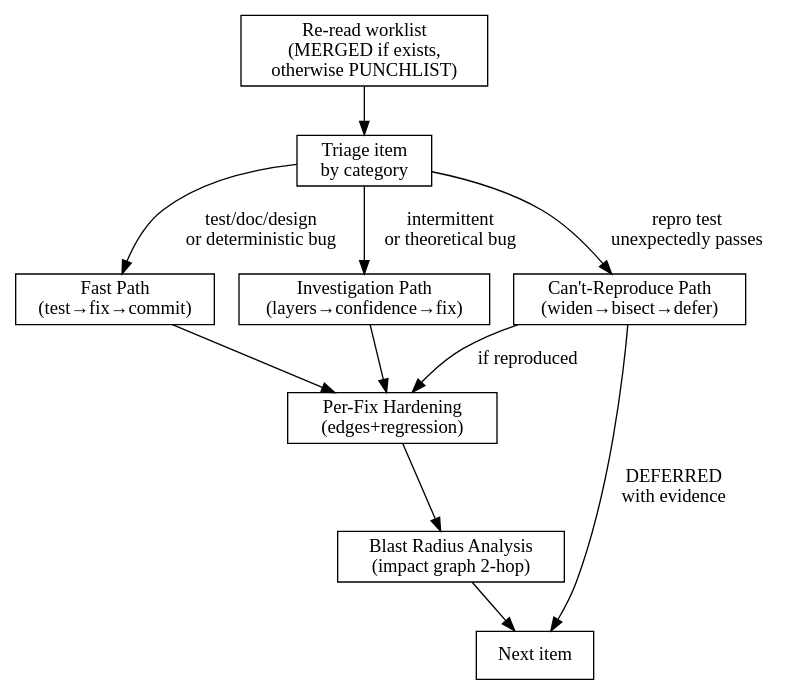
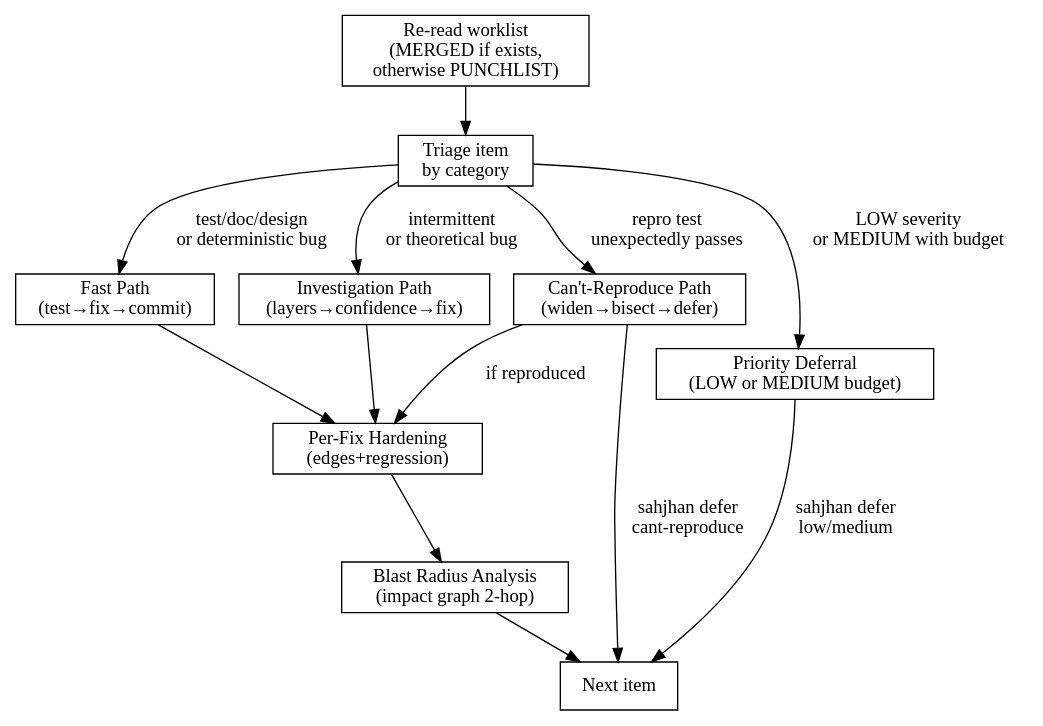
The diagram in skills/holtz/references/step-10-fix-loop.md (jbrjake/holtz), drawn with Graphviz before and after one commit. The commit also changed other lines of this file and 1 other file, not shown here.

First line of the commit message:
feat(holtz): add deferral procedures to step-10 fix loop

````diff
--- a/skills/holtz/references/step-10-fix-loop.md
+++ b/skills/holtz/references/step-10-fix-loop.md
@@ -7,25 +7,28 @@
 ```dot
 digraph {
   rankdir=TB
   node [shape=box]
   read [label="Re-read worklist\n(MERGED if exists,\notherwise PUNCHLIST)"]
   triage [label="Triage item\nby category"]
   fast [label="Fast Path\n(test→fix→commit)"]
   investigate [label="Investigation Path\n(layers→confidence→fix)"]
   cantrepro [label="Can't-Reproduce Path\n(widen→bisect→defer)"]
+  defer [label="Priority Deferral\n(LOW or MEDIUM budget)"]
   harden [label="Per-Fix Hardening\n(edges+regression)"]
   blast [label="Blast Radius Analysis\n(impact graph 2-hop)"]
   next [label="Next item"]
 
   read -> triage
   triage -> fast [label="test/doc/design\nor deterministic bug"]
   triage -> investigate [label="intermittent\nor theoretical bug"]
   triage -> cantrepro [label="repro test\nunexpectedly passes"]
+  triage -> defer [label="LOW severity\nor MEDIUM with budget"]
   fast -> harden
   investigate -> harden
   cantrepro -> harden [label="if reproduced"]
-  cantrepro -> next [label="DEFERRED\nwith evidence"]
+  cantrepro -> next [label="sahjhan defer\ncant-reproduce"]
+  defer -> next [label="sahjhan defer\nlow/medium"]
   harden -> blast
   blast -> next
 }
 ```
````
